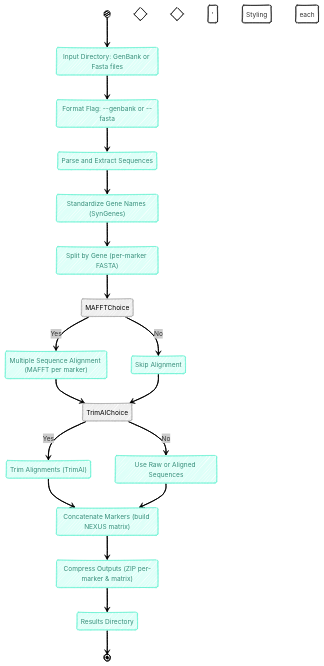
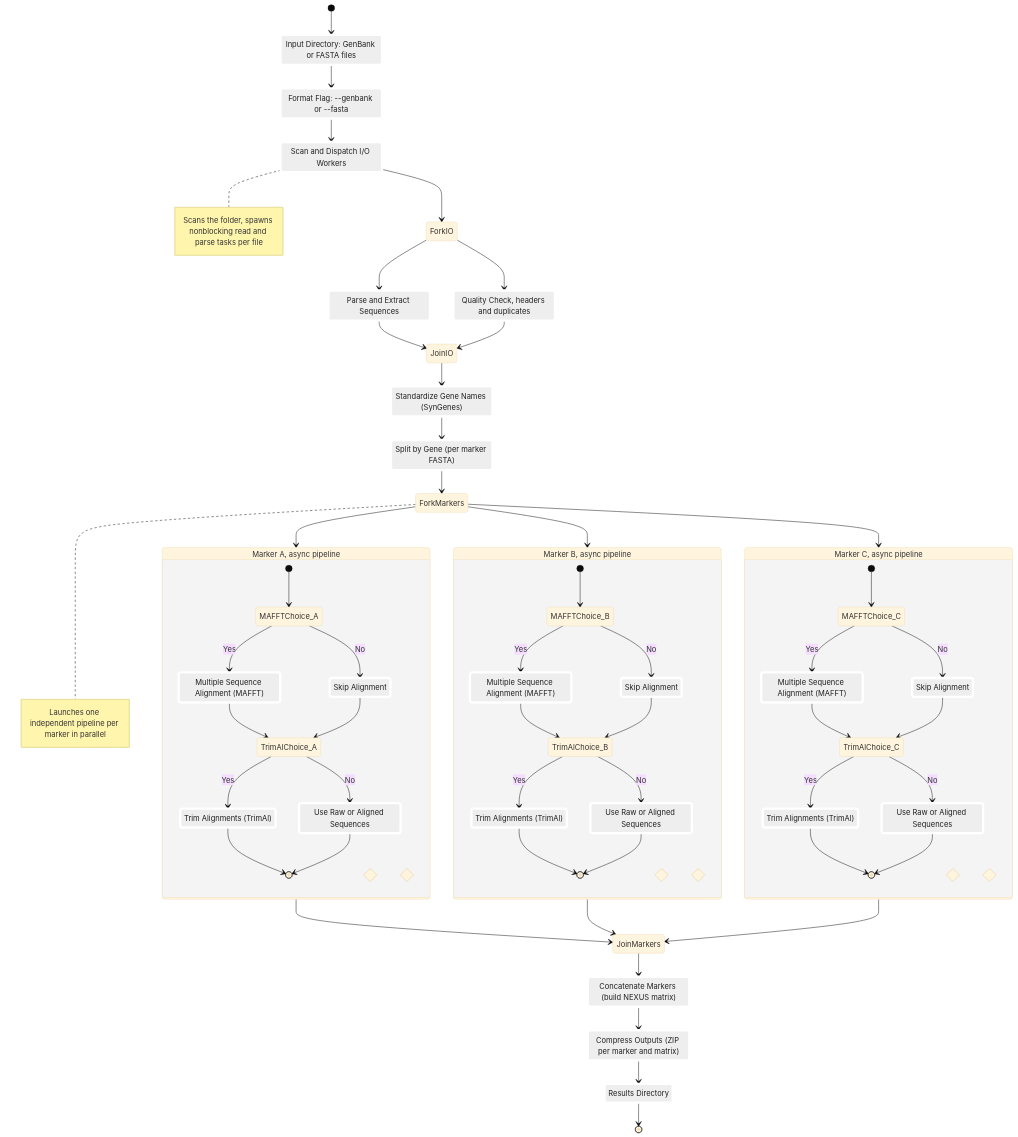
Before and after one commit to luanrabelo/splace: the diagram in README.md, drawn with Mermaid. The commit also changed other lines of this file and 5 other files, not shown here.

````diff
--- a/README.md
+++ b/README.md
@@ -131,55 +143,162 @@
 ```mermaid
 ---
 config:
-  theme: neo
-  look: handDrawn
+  theme: base
+  look: classic
 ---
 stateDiagram-v2
+  direction TB
+
   [*] --> InputDirectory
-  state "Input Directory: GenBank or Fasta files" as InputDirectory
+  state "Input Directory: GenBank or FASTA files" as InputDirectory
+
   InputDirectory --> FormatFlag
   state "Format Flag: --genbank or --fasta" as FormatFlag
-  FormatFlag --> ParseExtract
+
+  FormatFlag --> DispatchIO
+  state "Scan and Dispatch I/O Workers" as DispatchIO
+  note right of DispatchIO
+    Scans the folder, spawns nonblocking read and parse tasks per file
+  end note
+
+  DispatchIO --> ForkIO
+  state ForkIO <<fork>>
+
+  ForkIO --> ParseExtract
   state "Parse and Extract Sequences" as ParseExtract
-  ParseExtract --> Standardize
+
+  ForkIO --> QC
+  state "Quality Check, headers and duplicates" as QC
+
+  ParseExtract --> JoinIO
+  QC --> JoinIO
+  state JoinIO <<join>>
+
+  JoinIO --> Standardize
   state "Standardize Gene Names (SynGenes)" as Standardize
+
   Standardize --> SplitGene
-  state "Split by Gene (per-marker FASTA)" as SplitGene
-  SplitGene --> MAFFTChoice
-  state "Run MAFFT?" as MAFFTChoice <<choice>>
-  MAFFTChoice --> MultipleAlignment: Yes
-  MAFFTChoice --> SkipAlignment: No
-  state "Multiple Sequence Alignment (MAFFT per marker)" as MultipleAlignment
-  state "Skip Alignment" as SkipAlignment
-  MultipleAlignment --> TrimAlChoice
-  SkipAlignment --> TrimAlChoice
-  state "Run TrimAl?" as TrimAlChoice <<choice>>
-  TrimAlChoice --> Trimmed: Yes
-  TrimAlChoice --> RawOrAligned: No
-  state "Trim Alignments (TrimAl)" as Trimmed
-  state "Use Raw or Aligned Sequences" as RawOrAligned
-  Trimmed --> Concatenate
-  RawOrAligned --> Concatenate
+  state "Split by Gene (per marker FASTA)" as SplitGene
+
+  SplitGene --> ForkMarkers
+  state ForkMarkers <<fork>>
+  note right of ForkMarkers
+    Launches one independent pipeline per marker in parallel
+  end note
+
+  ForkMarkers --> MarkerA
+  ForkMarkers --> MarkerB
+  ForkMarkers --> MarkerC
+
+  %% ====== Marker A pipeline ======
+  state "Marker A, async pipeline" as MarkerA {
+    [*] --> MAFFTChoice_A
+    state "Run MAFFT?" as MAFFTChoice_A <<choice>>
+    MAFFTChoice_A --> MultipleAlignment_A: Yes
+    MAFFTChoice_A --> SkipAlignment_A: No
+
+    state "Multiple Sequence Alignment (MAFFT)" as MultipleAlignment_A
+    state "Skip Alignment" as SkipAlignment_A
+
+    MultipleAlignment_A --> TrimAlChoice_A
+    SkipAlignment_A --> TrimAlChoice_A
+
+    state "Run TrimAl?" as TrimAlChoice_A <<choice>>
+    TrimAlChoice_A --> Trimmed_A: Yes
+    TrimAlChoice_A --> RawOrAligned_A: No
+
+    state "Trim Alignments (TrimAl)" as Trimmed_A
+    state "Use Raw or Aligned Sequences" as RawOrAligned_A
+
+    Trimmed_A --> [*]
+    RawOrAligned_A --> [*]
+  }
+
+  %% ====== Marker B pipeline ======
+  state "Marker B, async pipeline" as MarkerB {
+    [*] --> MAFFTChoice_B
+    state "Run MAFFT?" as MAFFTChoice_B <<choice>>
+    MAFFTChoice_B --> MultipleAlignment_B: Yes
+    MAFFTChoice_B --> SkipAlignment_B: No
+
+    state "Multiple Sequence Alignment (MAFFT)" as MultipleAlignment_B
+    state "Skip Alignment" as SkipAlignment_B
+
+    MultipleAlignment_B --> TrimAlChoice_B
+    SkipAlignment_B --> TrimAlChoice_B
+
+    state "Run TrimAl?" as TrimAlChoice_B <<choice>>
+    TrimAlChoice_B --> Trimmed_B: Yes
+    TrimAlChoice_B --> RawOrAligned_B: No
+
+    state "Trim Alignments (TrimAl)" as Trimmed_B
+    state "Use Raw or Aligned Sequences" as RawOrAligned_B
+
+    Trimmed_B --> [*]
+    RawOrAligned_B --> [*]
+  }
+
+  %% ====== Marker C pipeline ======
+  state "Marker C, async pipeline" as MarkerC {
+    [*] --> MAFFTChoice_C
+    state "Run MAFFT?" as MAFFTChoice_C <<choice>>
+    MAFFTChoice_C --> MultipleAlignment_C: Yes
+    MAFFTChoice_C --> SkipAlignment_C: No
+
+    state "Multiple Sequence Alignment (MAFFT)" as MultipleAlignment_C
+    state "Skip Alignment" as SkipAlignment_C
+
+    MultipleAlignment_C --> TrimAlChoice_C
+    SkipAlignment_C --> TrimAlChoice_C
+
+    state "Run TrimAl?" as TrimAlChoice_C <<choice>>
+    TrimAlChoice_C --> Trimmed_C: Yes
+    TrimAlChoice_C --> RawOrAligned_C: No
+
+    state "Trim Alignments (TrimAl)" as Trimmed_C
+    state "Use Raw or Aligned Sequences" as RawOrAligned_C
+
+    Trimmed_C --> [*]
+    RawOrAligned_C --> [*]
+  }
+
+  MarkerA --> JoinMarkers
+  MarkerB --> JoinMarkers
+  MarkerC --> JoinMarkers
+  state JoinMarkers <<join>>
+
+  JoinMarkers --> Concatenate
   state "Concatenate Markers (build NEXUS matrix)" as Concatenate
+
   Concatenate --> Compress
-  state "Compress Outputs (ZIP per-marker & matrix)" as Compress
+  state "Compress Outputs (ZIP per marker and matrix)" as Compress
+
   Compress --> Results
   state "Results Directory" as Results
   Results --> [*]
 
-  ' Styling each state (Mermaid supports style for nodes) 
-  style InputDirectory fill:#DEFFF8,stroke:#46EDC8,color:#378E7A,stroke-width:1px
-  style FormatFlag fill:#DEFFF8,stroke:#46EDC8,color:#378E7A,stroke-width:1px
-  style ParseExtract fill:#DEFFF8,stroke:#46EDC8,color:#378E7A,stroke-width:1px
-  style Standardize fill:#DEFFF8,stroke:#46EDC8,color:#378E7A,stroke-width:1px
-  style SplitGene fill:#DEFFF8,stroke:#46EDC8,color:#378E7A,stroke-width:1px
-  style MAFFTChoice fill:#EEEEEE,stroke:#999999,color:#000000,stroke-width:1px
-  style MultipleAlignment fill:#DEFFF8,stroke:#46EDC8,color:#378E7A,stroke-width:1px
-  style SkipAlignment fill:#DEFFF8,stroke:#46EDC8,color:#378E7A,stroke-width:1px
-  style TrimAlChoice fill:#EEEEEE,stroke:#999999,color:#000000,stroke-width:1px
-  style Trimmed fill:#DEFFF8,stroke:#46EDC8,color:#378E7A,stroke-width:1px
-  style RawOrAligned fill:#DEFFF8,stroke:#46EDC8,color:#378E7A,stroke-width:1px
-  style Concatenate fill:#DEFFF8,stroke:#46EDC8,color:#378E7A,stroke-width:1px
-  style Compress fill:#DEFFF8,stroke:#46EDC8,color:#378E7A,stroke-width:1px
-  style Results fill:#DEFFF8,stroke:#46EDC8,color:#378E7A,stroke-width:1px
+  %% ====== Styles ======
+  style InputDirectory fill:#EEEEEE,stroke:#FFFFFF,color:#202020,stroke-width:5px
+  style FormatFlag fill:#EEEEEE,stroke:#FFFFFF,color:#202020,stroke-width:5px
+  style DispatchIO fill:#EEEEEE,stroke:#FFFFFF,color:#202020,stroke-width:5px
+  style ParseExtract fill:#EEEEEE,stroke:#FFFFFF,color:#202020,stroke-width:5px
+  style QC fill:#EEEEEE,stroke:#FFFFFF,color:#202020,stroke-width:5px
+  style Standardize fill:#EEEEEE,stroke:#FFFFFF,color:#202020,stroke-width:5px
+  style SplitGene fill:#EEEEEE,stroke:#FFFFFF,color:#202020,stroke-width:5px
+  style MultipleAlignment_A fill:#EEEEEE,stroke:#FFFFFF,color:#202020,stroke-width:5px
+  style SkipAlignment_A fill:#EEEEEE,stroke:#FFFFFF,color:#202020,stroke-width:5px
+  style Trimmed_A fill:#EEEEEE,stroke:#FFFFFF,color:#202020,stroke-width:5px
+  style RawOrAligned_A fill:#EEEEEE,stroke:#FFFFFF,color:#202020,stroke-width:5px
+  style MultipleAlignment_B fill:#EEEEEE,stroke:#FFFFFF,color:#202020,stroke-width:5px
+  style SkipAlignment_B fill:#EEEEEE,stroke:#FFFFFF,color:#202020,stroke-width:5px
+  style Trimmed_B fill:#EEEEEE,stroke:#FFFFFF,color:#202020,stroke-width:5px
+  style RawOrAligned_B fill:#EEEEEE,stroke:#FFFFFF,color:#202020,stroke-width:5px
+  style MultipleAlignment_C fill:#EEEEEE,stroke:#FFFFFF,color:#202020,stroke-width:5px
+  style SkipAlignment_C fill:#EEEEEE,stroke:#FFFFFF,color:#202020,stroke-width:5px
+  style Trimmed_C fill:#EEEEEE,stroke:#FFFFFF,color:#202020,stroke-width:5px
+  style RawOrAligned_C fill:#EEEEEE,stroke:#FFFFFF,color:#202020,stroke-width:5px
+  style Concatenate fill:#EEEEEE,stroke:#FFFFFF,color:#202020,stroke-width:5px
+  style Compress fill:#EEEEEE,stroke:#FFFFFF,color:#202020,stroke-width:5px
+  style Results fill:#EEEEEE,stroke:#FFFFFF,color:#202020,stroke-width:5px
+
 ```
````
